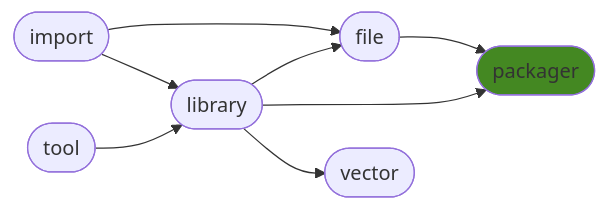
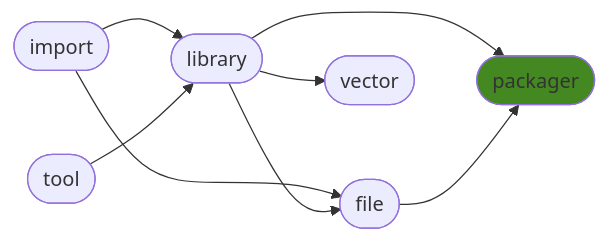
One commit to ManderaGeneral/generalpackager changed the diagram in README.md. Above: the diagram before and after it, drawn with Mermaid. The commit also changed other lines of this file, not shown here.

````diff
--- a/README.md
+++ b/README.md
@@ -24,17 +24,17 @@
 ```mermaid
 flowchart LR
+0([import]) --> 3([file])
+2([library]) --> 5([packager])
+0([import]) --> 2([library])
+2([library]) --> 4([vector])
 2([library]) --> 3([file])
 3([file]) --> 5([packager])
-2([library]) --> 5([packager])
-0([import]) --> 3([file])
-0([import]) --> 2([library])
 1([tool]) --> 2([library])
-2([library]) --> 4([vector])
 click 0 "https://github.com/ManderaGeneral/generalimport"
 click 1 "https://github.com/ManderaGeneral/generaltool"
 click 2 "https://github.com/ManderaGeneral/generallibrary"
 click 3 "https://github.com/ManderaGeneral/generalfile"
 click 4 "https://github.com/ManderaGeneral/generalvector"
 click 5 "https://github.com/ManderaGeneral/generalpackager"
 style 5 fill:#482
 ```
````
